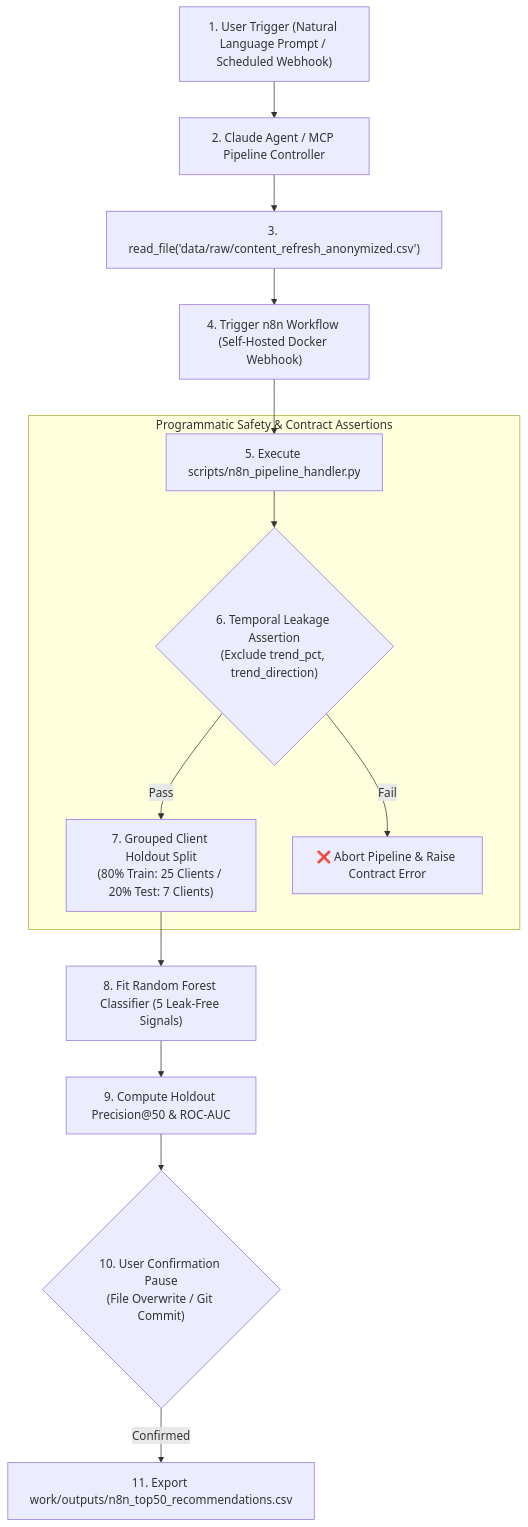
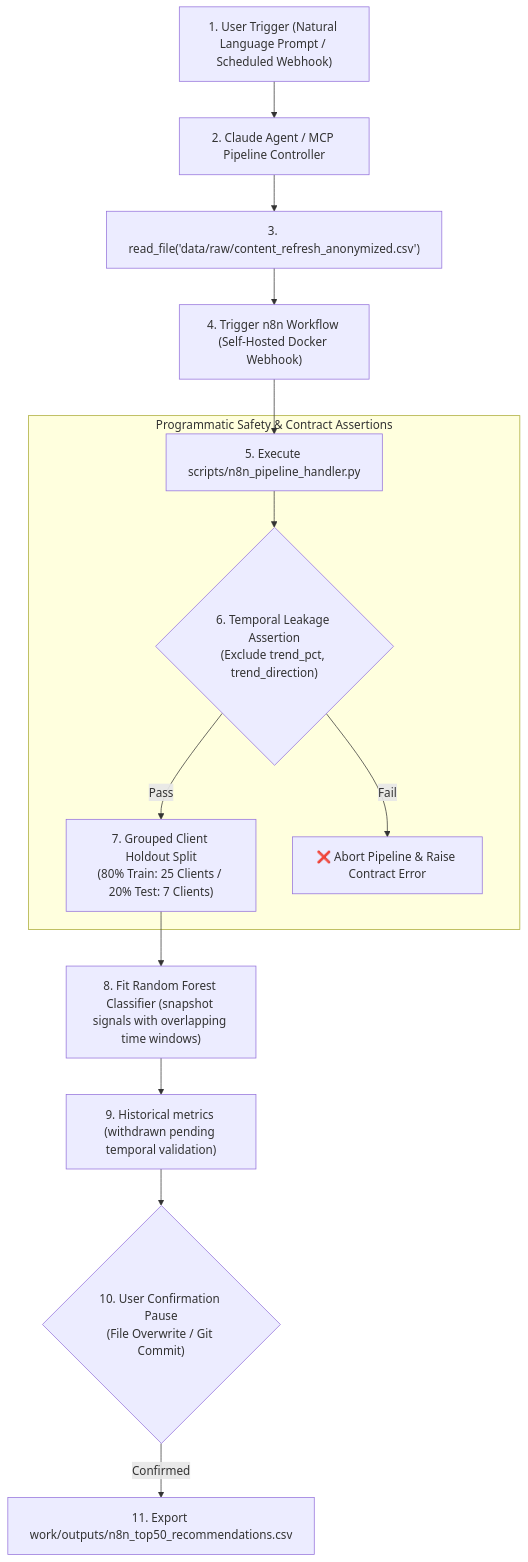
The diagram in docs/FL09_AGENT_DOCUMENTATION_AND_DEMO.md (Sohila-Khaled-Abbas/flyrank-ml-internship-starter), drawn with Mermaid before and after one commit. The commit also changed other lines of this file, not shown here.

Commit message:
docs: remove unvalidated snapshot performance claims

````diff
--- a/docs/FL09_AGENT_DOCUMENTATION_AND_DEMO.md
+++ b/docs/FL09_AGENT_DOCUMENTATION_AND_DEMO.md
@@ -29,18 +29,18 @@
 ```mermaid
 flowchart TD
     User["1. User Trigger (Natural Language Prompt / Scheduled Webhook)"] --> AgentCore["2. Claude Agent / MCP Pipeline Controller"]
     AgentCore --> Ingest["3. read_file('data/raw/content_refresh_anonymized.csv')"]
     Ingest --> Webhook["4. Trigger n8n Workflow (Self-Hosted Docker Webhook)"]
     Webhook --> Handler["5. Execute scripts/n8n_pipeline_handler.py"]
     
     subgraph AntiLeakageGuardrails["Programmatic Safety & Contract Assertions"]
         Handler --> LeakCheck{"6. Temporal Leakage Assertion<br/>(Exclude trend_pct, trend_direction)"}
         LeakCheck -- Pass --> GroupSplit["7. Grouped Client Holdout Split<br/>(80% Train: 25 Clients / 20% Test: 7 Clients)"]
         LeakCheck -- Fail --> Abort["❌ Abort Pipeline & Raise Contract Error"]
     end
     
-    GroupSplit --> Train["8. Fit Random Forest Classifier (5 Leak-Free Signals)"]
-    Train --> Eval["9. Compute Holdout Precision@50 & ROC-AUC"]
+    GroupSplit --> Train["8. Fit Random Forest Classifier (snapshot signals with overlapping time windows)"]
+    Train --> Eval["9. Historical metrics (withdrawn pending temporal validation)"]
     Eval --> Pause{"10. User Confirmation Pause<br/>(File Overwrite / Git Commit)"}
     Pause -- Confirmed --> Export["11. Export work/outputs/n8n_top50_recommendations.csv"]
 ```
````
